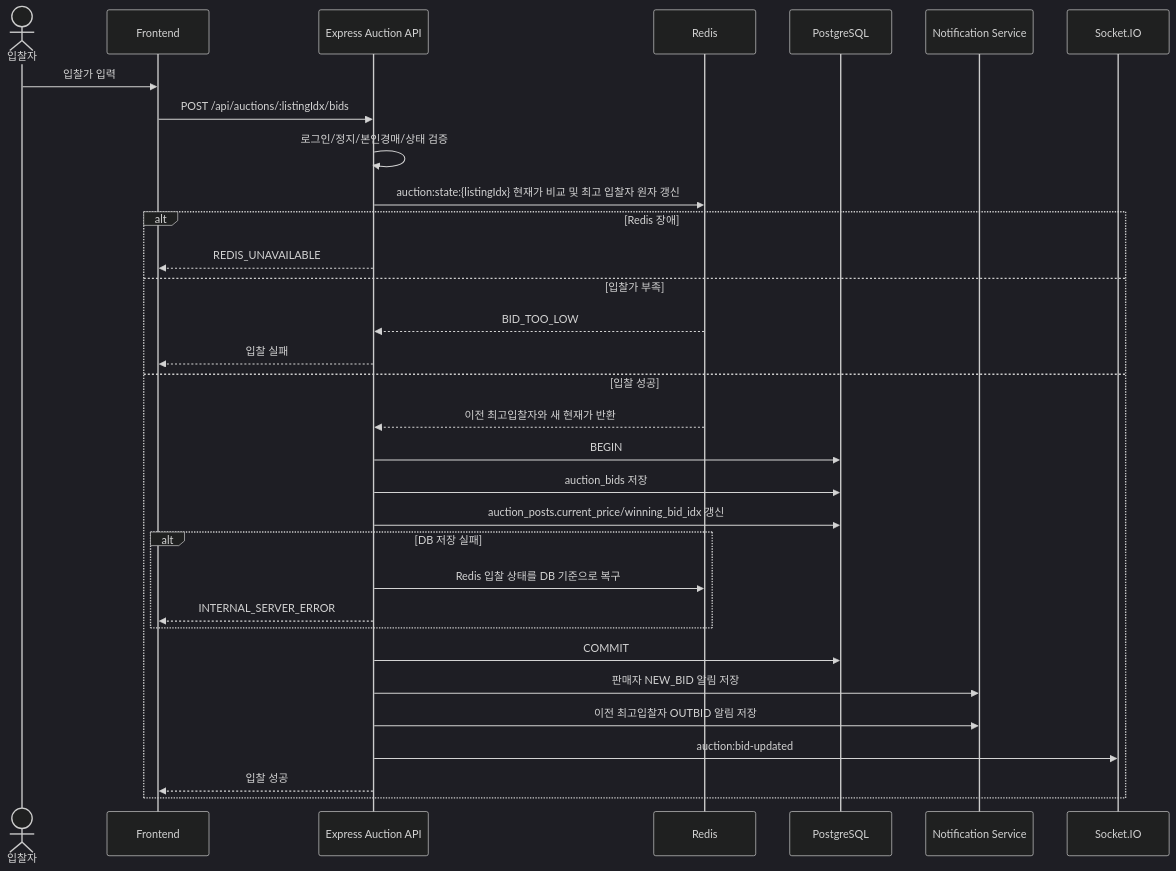
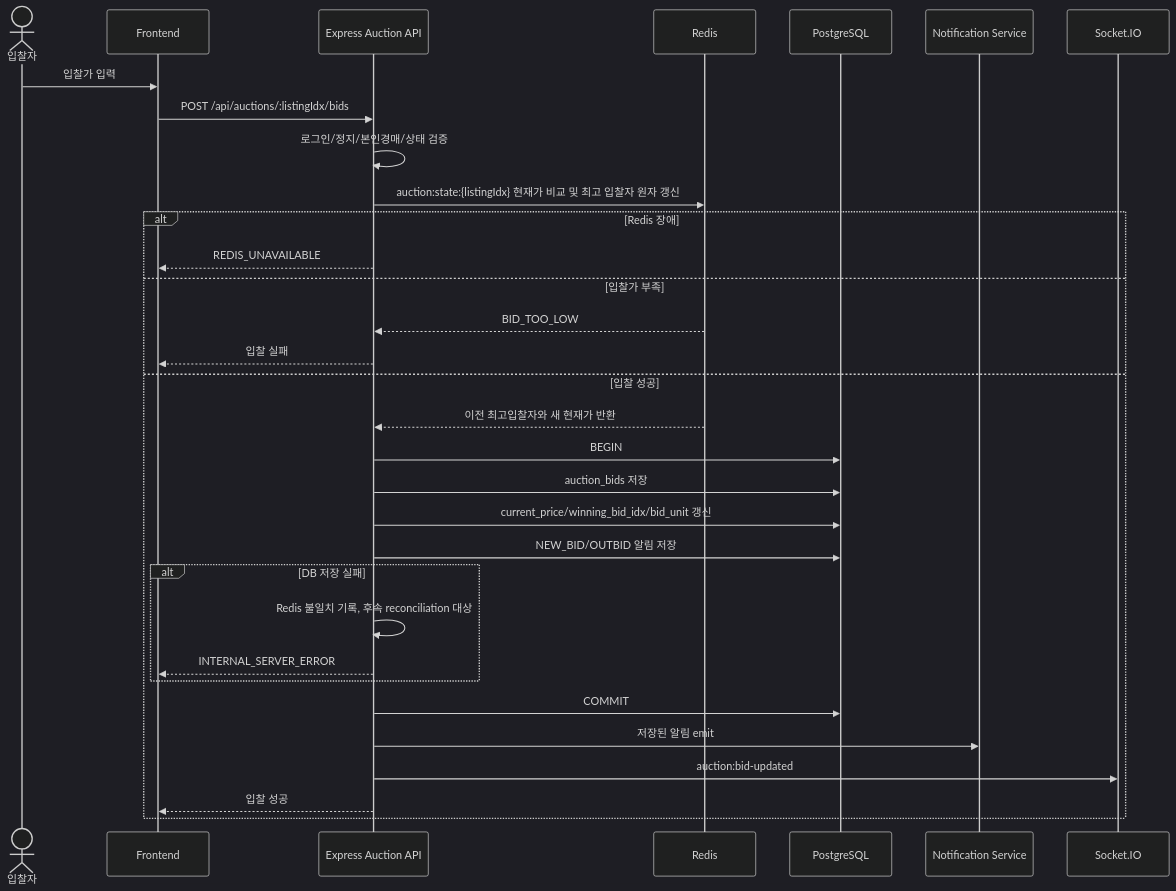
The diagram in docs/Potato-Land-Docs/04. 다이어그램/D-01 경매 입찰 시퀀스.md (hurwan0629/potato-land), drawn with Mermaid (dark theme) before and after one commit. The commit also changed other lines of this file and 44 other files, not shown here.

````diff
--- a/docs/Potato-Land-Docs/04. 다이어그램/D-01 경매 입찰 시퀀스.md
+++ b/docs/Potato-Land-Docs/04. 다이어그램/D-01 경매 입찰 시퀀스.md
@@ -3,35 +3,35 @@
 ```mermaid
 sequenceDiagram
     actor U as 입찰자
     participant F as Frontend
     participant A as Express Auction API
     participant R as Redis
     participant D as PostgreSQL
     participant N as Notification Service
     participant IO as Socket.IO
 
     U->>F: 입찰가 입력
     F->>A: POST /api/auctions/:listingIdx/bids
     A->>A: 로그인/정지/본인경매/상태 검증
     A->>R: auction:state:{listingIdx} 현재가 비교 및 최고 입찰자 원자 갱신
     alt Redis 장애
         A-->>F: REDIS_UNAVAILABLE
     else 입찰가 부족
         R-->>A: BID_TOO_LOW
         A-->>F: 입찰 실패
     else 입찰 성공
         R-->>A: 이전 최고입찰자와 새 현재가 반환
         A->>D: BEGIN
         A->>D: auction_bids 저장
-        A->>D: auction_posts.current_price/winning_bid_idx 갱신
+        A->>D: current_price/winning_bid_idx/bid_unit 갱신
+        A->>D: NEW_BID/OUTBID 알림 저장
         alt DB 저장 실패
-            A->>R: Redis 입찰 상태를 DB 기준으로 복구
+            A->>A: Redis 불일치 기록, 후속 reconciliation 대상
             A-->>F: INTERNAL_SERVER_ERROR
         end
         A->>D: COMMIT
-        A->>N: 판매자 NEW_BID 알림 저장
-        A->>N: 이전 최고입찰자 OUTBID 알림 저장
+        A->>N: 저장된 알림 emit
         A->>IO: auction:bid-updated
         A-->>F: 입찰 성공
     end
 ```
````
